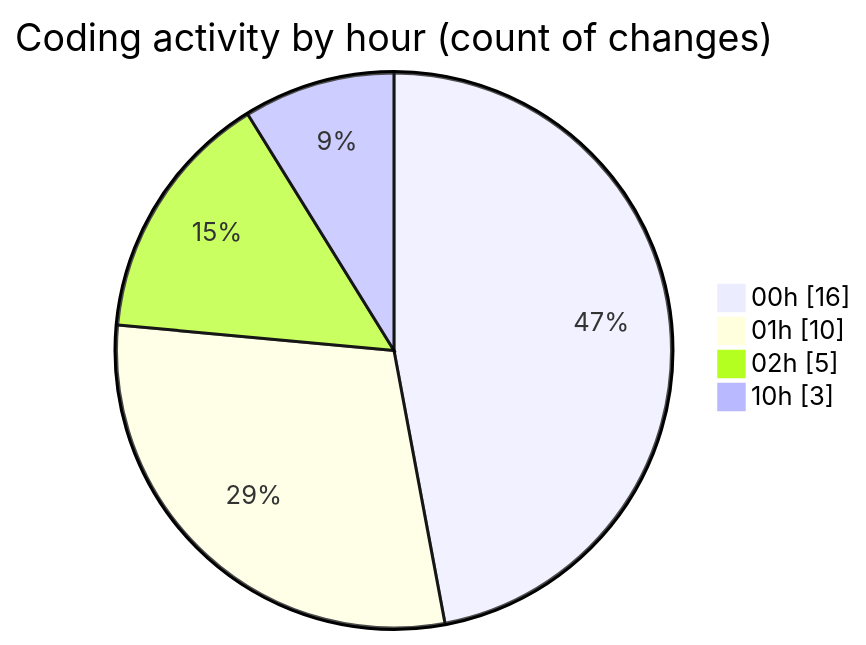
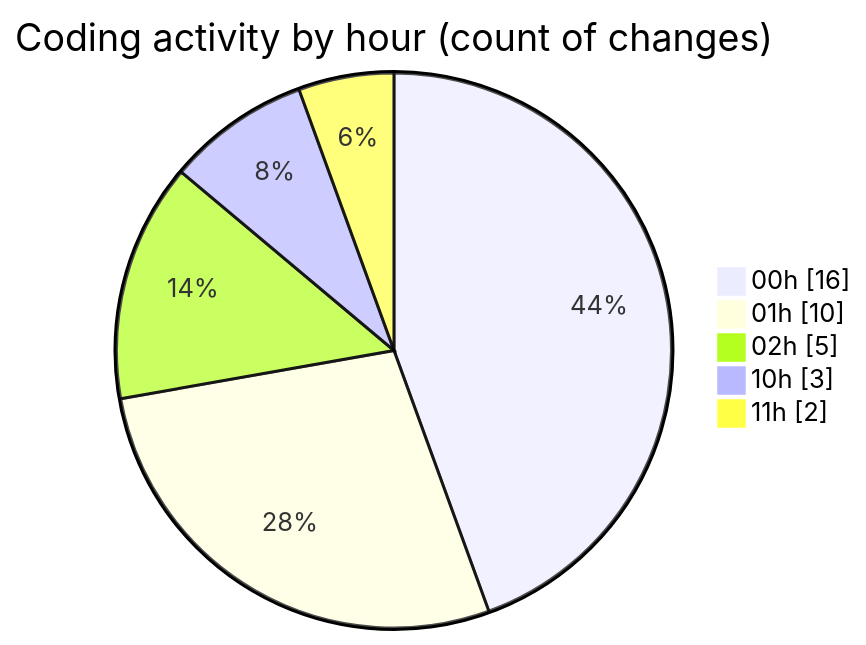
One commit to donsfak/code-tracking changed the second of 2 diagrams in 2025-11-01/weather_insights_app/README.md. Above: the diagram before and after it, drawn with Mermaid. The commit also changed other lines of this file and 1 other file, not shown here.

````diff
--- a/2025-11-01/weather_insights_app/README.md
+++ b/2025-11-01/weather_insights_app/README.md
@@ -40,8 +40,9 @@
 ```mermaid
 pie showData
 title Coding activity by hour (count of changes)
 "00h" : 16
 "01h" : 10
 "02h" : 5
 "10h" : 3
+"11h" : 2
 ```
````
